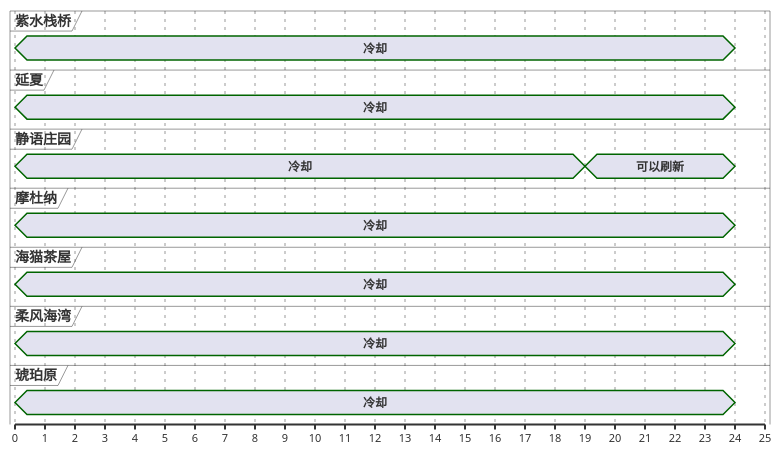
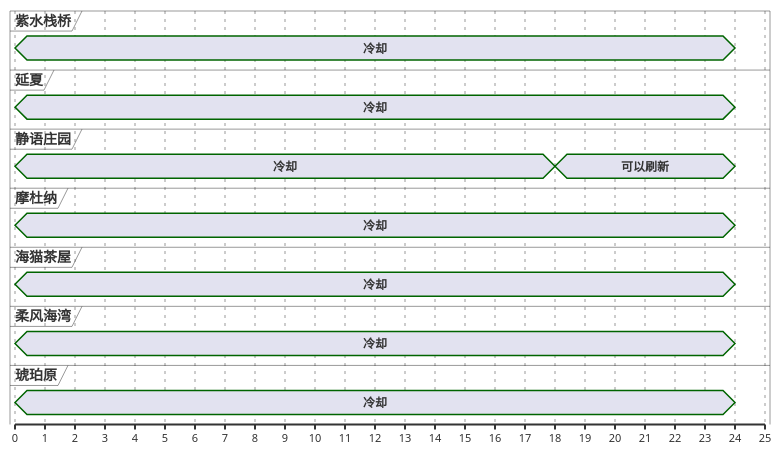
Before and after one commit to Eroleice/doc-pi: the third of 13 diagrams in ffxiv/hunt/2.0/Croque-mitaine.md, drawn with PlantUML. The commit also changed other lines of this file and 38 other files, not shown here.

````diff
--- a/ffxiv/hunt/2.0/Croque-mitaine.md
+++ b/ffxiv/hunt/2.0/Croque-mitaine.md
@@ -135,43 +136,43 @@
 ```plantuml
 @startuml
 scale 1 as 30 pixels
 
 concise 紫水栈桥
 concise 延夏
 concise 静语庄园
 concise 摩杜纳
 concise 海猫茶屋
 concise 柔风海湾
 concise 琥珀原
 
 @静语庄园
 0 is 冷却
-19 is 可以刷新
+18 is 可以刷新
 24 is {hidden}
 
 @摩杜纳
 0 is 冷却
 24 is {hidden}
 
 @紫水栈桥
 0 is 冷却
 24 is {hidden}
 
 @延夏
 0 is 冷却
 24 is {hidden}
 
 @柔风海湾
 0 is 冷却
 24 is {hidden}
 
 @海猫茶屋
 0 is 冷却
 24 is {hidden}
 
 @琥珀原
 0 is 冷却
 24 is {hidden}
 
 @enduml
 ```
````
